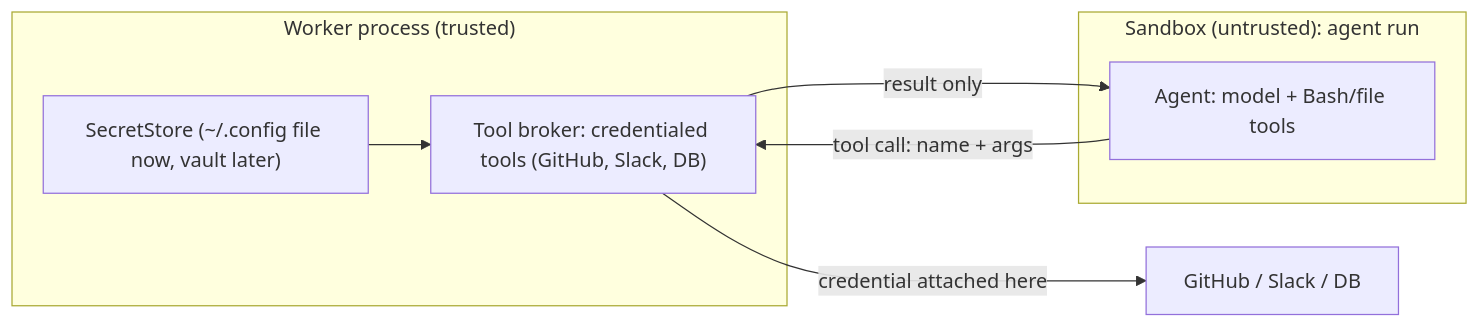
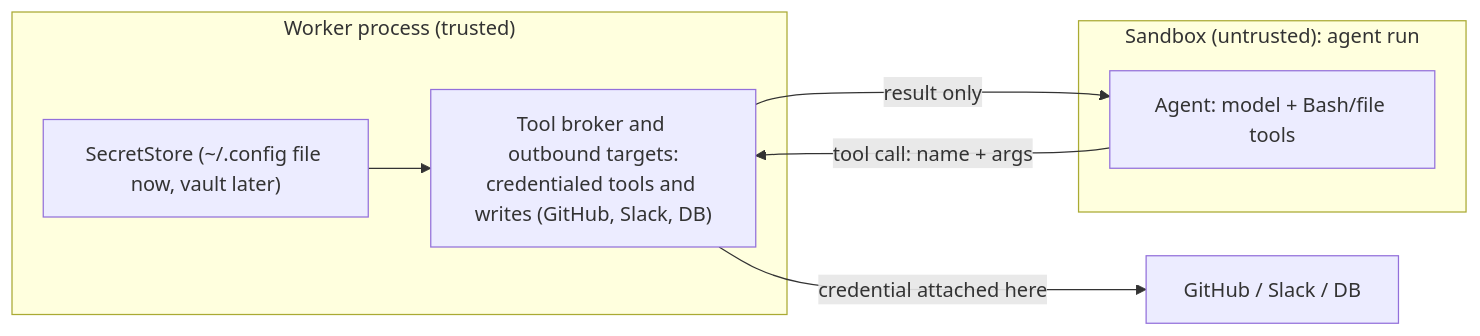
The sixth of 6 diagrams in docs/architecture.md (seonWKim/software-factory), drawn with Mermaid before and after one commit. The commit also changed other lines of this file and 1 other file, not shown here.

First line of the commit message:
Docs: ARCHITECTURE.md and docs/architecture.md describe the RFC 0015 components

````diff
--- a/docs/architecture.md
+++ b/docs/architecture.md
@@ -278,14 +280,14 @@
 ```mermaid
 graph LR
   subgraph HOST["Worker process (trusted)"]
     SS["SecretStore (~/.config file now, vault later)"]
-    TB["Tool broker: credentialed tools (GitHub, Slack, DB)"]
+    TB["Tool broker and outbound targets:<br/>credentialed tools and writes (GitHub, Slack, DB)"]
     SS --> TB
   end
   subgraph SBX["Sandbox (untrusted): agent run"]
     AG["Agent: model + Bash/file tools"]
   end
   AG -->|"tool call: name + args"| TB
   TB -->|"result only"| AG
   TB -->|"credential attached here"| EXT["GitHub / Slack / DB"]
 ```
````
